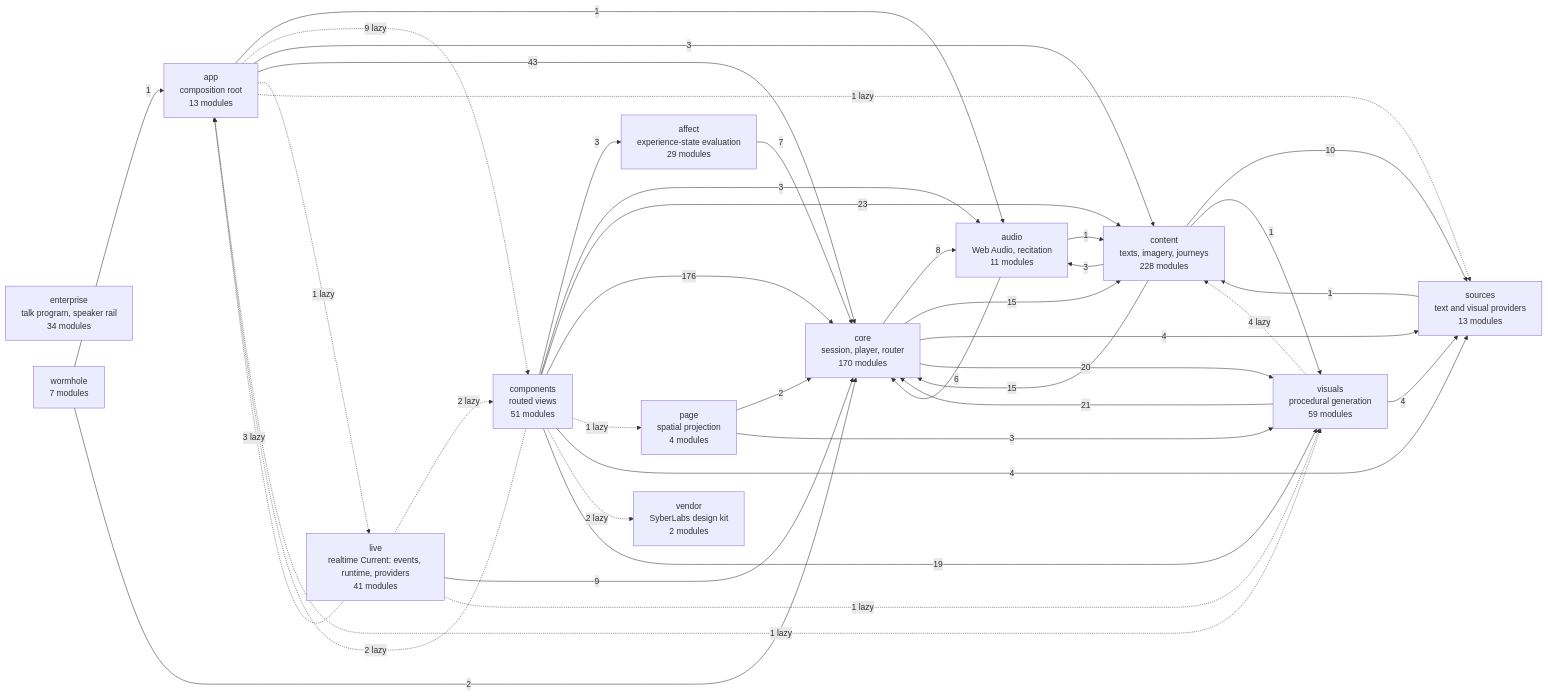
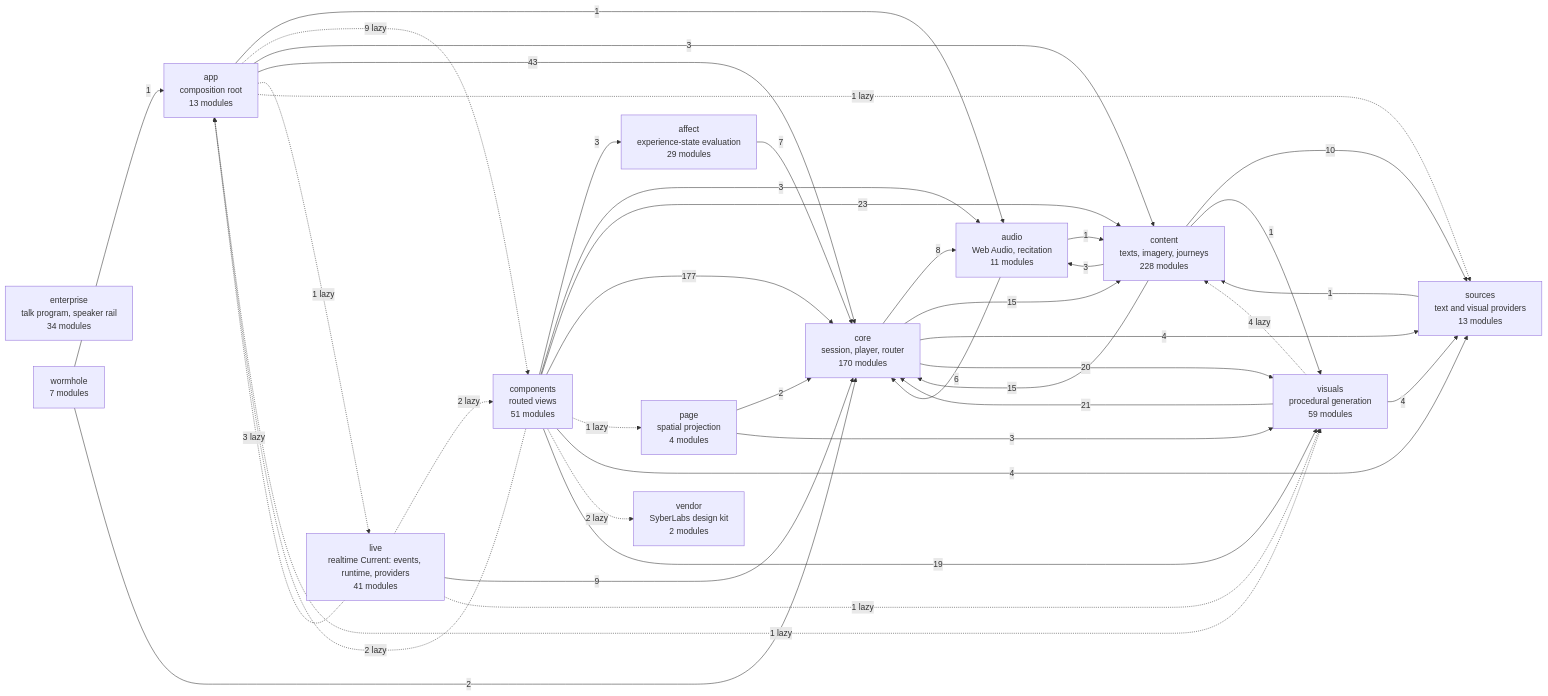
The diagram in docs/specs/ARCHITECTURE.md (SyberLabs/RISE), drawn with Mermaid before and after one commit.

Commit message:
Regenerate the architecture diagram for the Chamber's theme import

````diff
--- a/docs/specs/ARCHITECTURE.md
+++ b/docs/specs/ARCHITECTURE.md
@@ -154,56 +154,56 @@
 ```mermaid
 flowchart LR
     affect["affect<br/>experience-state evaluation<br/>29 modules"]
     app["app<br/>composition root<br/>13 modules"]
     audio["audio<br/>Web Audio, recitation<br/>11 modules"]
     components["components<br/>routed views<br/>51 modules"]
     content["content<br/>texts, imagery, journeys<br/>228 modules"]
     core["core<br/>session, player, router<br/>170 modules"]
     enterprise["enterprise<br/>talk program, speaker rail<br/>34 modules"]
     live["live<br/>realtime Current: events, runtime, providers<br/>41 modules"]
     page["page<br/>spatial projection<br/>4 modules"]
     sources["sources<br/>text and visual providers<br/>13 modules"]
     vendor["vendor<br/>SyberLabs design kit<br/>2 modules"]
     visuals["visuals<br/>procedural generation<br/>59 modules"]
     wormhole["wormhole<br/>7 modules"]
 
     affect --> |7| core
     app --> |1| audio
     app -.-> |9 lazy| components
     app --> |3| content
     app --> |43| core
     app -.-> |1 lazy| live
     app -.-> |1 lazy| sources
     app -.-> |1 lazy| visuals
     audio --> |1| content
     audio --> |6| core
     components --> |3| affect
     components -.-> |2 lazy| app
     components --> |3| audio
     components --> |23| content
-    components --> |176| core
+    components --> |177| core
     components -.-> |1 lazy| page
     components --> |4| sources
     components -.-> |2 lazy| vendor
     components --> |19| visuals
     content --> |3| audio
     content --> |15| core
     content --> |10| sources
     content --> |1| visuals
     core --> |8| audio
     core --> |15| content
     core --> |4| sources
     core --> |20| visuals
     live -.-> |3 lazy| app
     live -.-> |2 lazy| components
     live --> |9| core
     live -.-> |1 lazy| visuals
     page --> |2| core
     page --> |3| visuals
     sources --> |1| content
     visuals -.-> |4 lazy| content
     visuals --> |21| core
     visuals --> |4| sources
     wormhole --> |1| app
     wormhole --> |2| core
 ```
````
